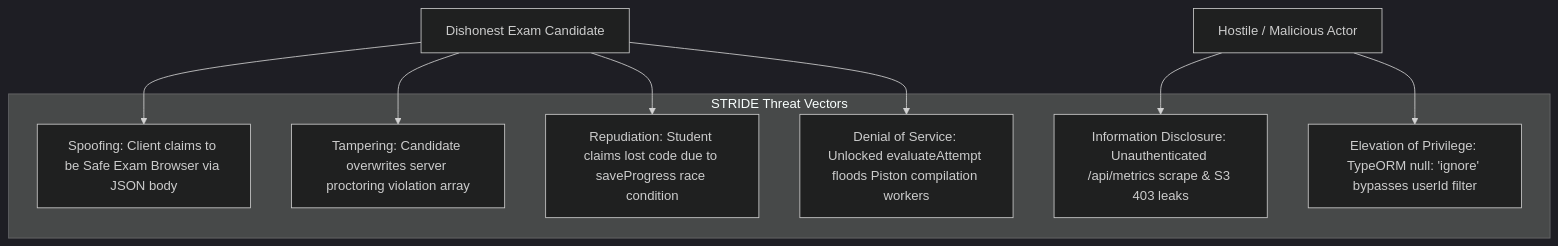
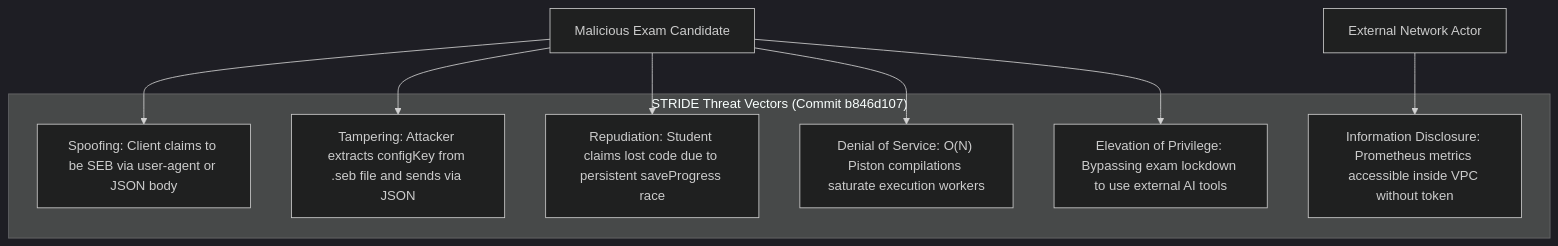
The diagram in engineering-audit/04_SECURITY_ASSESSMENT.md (Abhinavvlog/codeskill), drawn with Mermaid (dark theme) before and after one commit. The commit also changed other lines of this file and 13 other files, not shown here.

````diff
--- a/engineering-audit/04_SECURITY_ASSESSMENT.md
+++ b/engineering-audit/04_SECURITY_ASSESSMENT.md
@@ -38,21 +38,21 @@
 ```mermaid
 flowchart TD
-    Attacker["Hostile / Malicious Actor"]
-    Candidate["Dishonest Exam Candidate"]
+    Attacker["Malicious Exam Candidate"]
+    Hostile["External Network Actor"]
 
-    subgraph Threats["STRIDE Threat Vectors"]
-        T1["Spoofing: Client claims to be Safe Exam Browser via JSON body"]
-        T2["Tampering: Candidate overwrites server proctoring violation array"]
-        T3["Repudiation: Student claims lost code due to saveProgress race condition"]
-        T4["Information Disclosure: Unauthenticated /api/metrics scrape & S3 403 leaks"]
-        T5["Denial of Service: Unlocked evaluateAttempt floods Piston compilation workers"]
-        T6["Elevation of Privilege: TypeORM null: 'ignore' bypasses userId filter"]
+    subgraph STRIDE["STRIDE Threat Vectors (Commit b846d107)"]
+        T1["Spoofing: Client claims to be SEB via user-agent or JSON body"]
+        T2["Tampering: Attacker extracts configKey from .seb file and sends via JSON"]
+        T3["Repudiation: Student claims lost code due to persistent saveProgress race"]
+        T4["Information Disclosure: Prometheus metrics accessible inside VPC without token"]
+        T5["Denial of Service: O(N) Piston compilations saturate execution workers"]
+        T6["Elevation of Privilege: Bypassing exam lockdown to use external AI tools"]
     end
 
-    Candidate --> T1
-    Candidate --> T2
-    Candidate --> T3
-    Candidate --> T5
-    Attacker --> T4
+    Attacker --> T1
+    Attacker --> T2
+    Attacker --> T3
+    Attacker --> T5
     Attacker --> T6
+    Hostile --> T4
 ```
````
